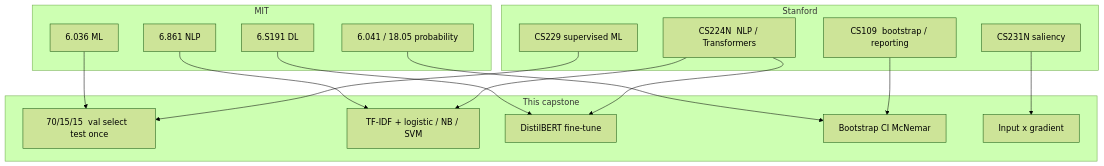
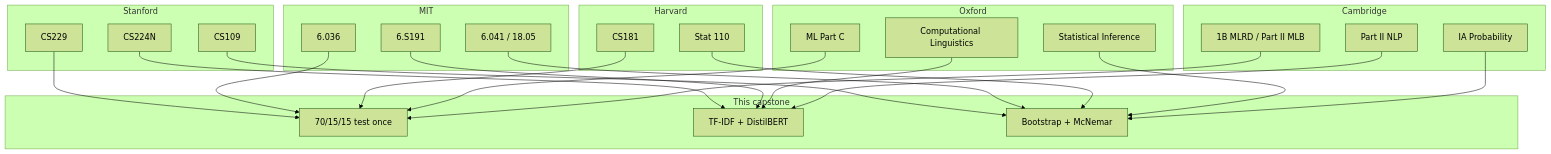
One commit to TheHien04/Movie-Review-Sentiment-Analysis changed the first of 17 diagrams in docs/THEORY.md. Above: the diagram before and after it, drawn with Mermaid (forest theme). The commit also changed other lines of this file and 3 other files, not shown here.

````diff
--- a/docs/THEORY.md
+++ b/docs/THEORY.md
@@ -27,34 +27,52 @@
 ```mermaid
 flowchart TB
     subgraph Stanford["Stanford"]
-        S229["CS229  supervised ML"]
-        S224["CS224N  NLP / Transformers"]
-        S231["CS231N  saliency"]
-        S109["CS109  bootstrap / reporting"]
+        S229["CS229"]
+        S224["CS224N"]
+        S109["CS109"]
     end
 
     subgraph MIT["MIT"]
-        M036["6.036  ML"]
-        M041["6.041 / 18.05  probability"]
-        M191["6.S191  DL"]
-        M861["6.861  NLP"]
+        M036["6.036"]
+        M191["6.S191"]
+        M041["6.041 / 18.05"]
+    end
+
+    subgraph Harvard["Harvard"]
+        H181["CS181"]
+        H110["Stat 110"]
+    end
+
+    subgraph Oxford["Oxford"]
+        OML["ML Part C"]
+        ONLP["Computational Linguistics"]
+        OSI["Statistical Inference"]
+    end
+
+    subgraph Cambridge["Cambridge"]
+        CML["1B MLRD / Part II MLB"]
+        CNLP["Part II NLP"]
+        CPr["IA Probability"]
     end
 
     subgraph Repo["This capstone"]
-        Prot["70/15/15  val select  test once"]
-        Base["TF-IDF + logistic / NB / SVM"]
-        Enc["DistilBERT fine-tune"]
-        Inf["Bootstrap CI  McNemar"]
-        XAI["Input x gradient"]
+        Prot["70/15/15  test once"]
+        Enc["TF-IDF + DistilBERT"]
+        Inf["Bootstrap + McNemar"]
     end
 
     S229 --> Prot
     M036 --> Prot
+    H181 --> Prot
+    OML --> Prot
+    CML --> Prot
     S224 --> Enc
     M191 --> Enc
-    S224 --> Base
-    M861 --> Base
+    ONLP --> Enc
+    CNLP --> Enc
     S109 --> Inf
     M041 --> Inf
-    S231 --> XAI
+    H110 --> Inf
+    OSI --> Inf
+    CPr --> Inf
 ```
````
